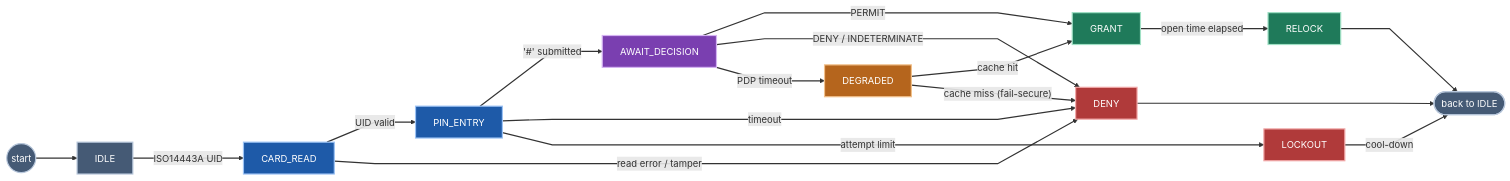
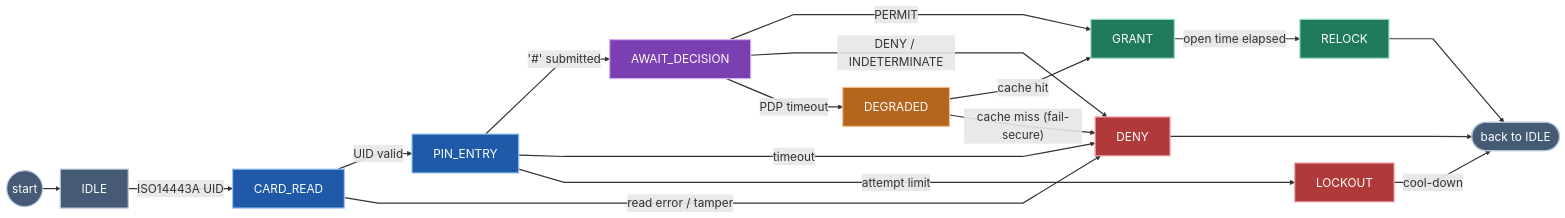
One commit to CICTHackathon/iot-hardware changed the second of 2 diagrams in README.md. Above: the diagram before and after it, drawn with Mermaid. The commit also changed other lines of this file, not shown here.

Commit message:
docs: enlarge firmware state diagram

````diff
--- a/README.md
+++ b/README.md
@@ -139,34 +139,34 @@
 ```mermaid
-%%{init: {"flowchart": {"curve": "linear", "nodeSpacing": 35, "rankSpacing": 70}}}%%
+%%{init: {"themeVariables": {"fontSize": "20px"}, "flowchart": {"curve": "linear", "nodeSpacing": 20, "rankSpacing": 30, "padding": 18}}}%%
 flowchart LR
     S(("start")) --> IDLE["IDLE"]
     IDLE -->|"ISO14443A UID"| CR["CARD_READ"]
     CR -->|"UID valid"| PE["PIN_ENTRY"]
     CR -->|"read error / tamper"| DENY["DENY"]
     PE -->|"'#' submitted"| AD["AWAIT_DECISION"]
     PE -->|"timeout"| DENY
     PE -->|"attempt limit"| LO["LOCKOUT"]
     AD -->|"PERMIT"| GRANT["GRANT"]
     AD -->|"DENY / INDETERMINATE"| DENY
     AD -->|"PDP timeout"| DG["DEGRADED"]
     DG -->|"cache hit"| GRANT
     DG -->|"cache miss (fail-secure)"| DENY
     GRANT -->|"open time elapsed"| RL["RELOCK"]
     RL --> BACK(["back to IDLE"])
     DENY --> BACK
     LO -->|"cool-down"| BACK
 
-    classDef idle    fill:#455a75,stroke:#b8c7db,stroke-width:2px,color:#ffffff
-    classDef input   fill:#1e5aa8,stroke:#9cc3f5,stroke-width:2px,color:#ffffff
-    classDef decide  fill:#7a3fb0,stroke:#d4b3f2,stroke-width:2px,color:#ffffff
-    classDef degrade fill:#b5651d,stroke:#f2c08a,stroke-width:2px,color:#ffffff
-    classDef ok      fill:#1f7a5a,stroke:#9fe0c4,stroke-width:2px,color:#ffffff
-    classDef bad     fill:#b03a3a,stroke:#f2a9a9,stroke-width:2px,color:#ffffff
+    classDef idle    fill:#455a75,stroke:#b8c7db,stroke-width:2px,color:#ffffff,font-size:20px
+    classDef input   fill:#1e5aa8,stroke:#9cc3f5,stroke-width:2px,color:#ffffff,font-size:20px
+    classDef decide  fill:#7a3fb0,stroke:#d4b3f2,stroke-width:2px,color:#ffffff,font-size:20px
+    classDef degrade fill:#b5651d,stroke:#f2c08a,stroke-width:2px,color:#ffffff,font-size:20px
+    classDef ok      fill:#1f7a5a,stroke:#9fe0c4,stroke-width:2px,color:#ffffff,font-size:20px
+    classDef bad     fill:#b03a3a,stroke:#f2a9a9,stroke-width:2px,color:#ffffff,font-size:20px
     class S,IDLE,BACK idle
     class CR,PE input
     class AD decide
     class DG degrade
     class GRANT,RL ok
     class DENY,LO bad
     linkStyle default stroke-width:2px
 ```
````
